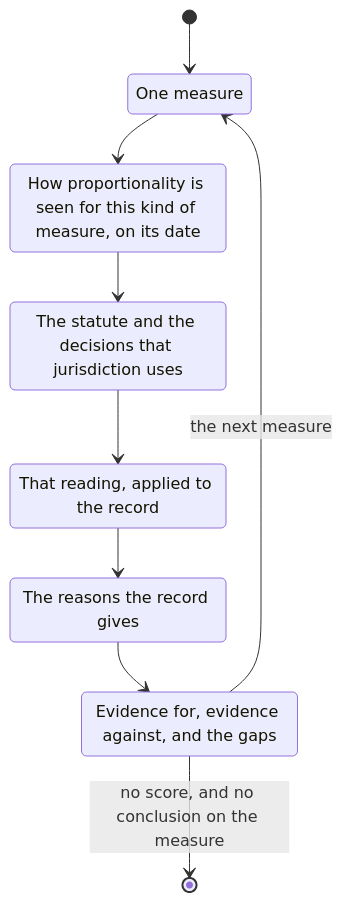
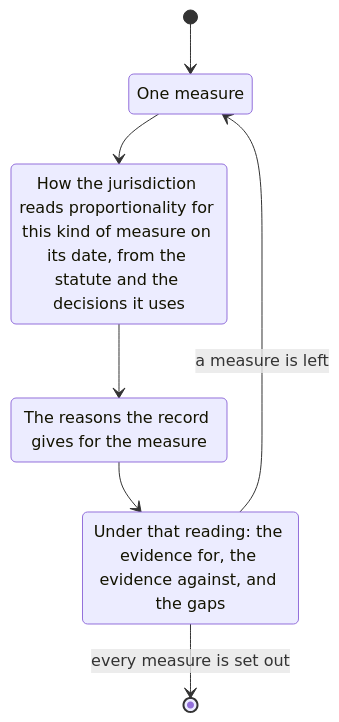
Before and after one commit to evidlabel/skills: the diagram in analysis/legal/proportionality/index.md, drawn with Mermaid. The commit also changed 23 other files, not shown here.

````diff
--- a/analysis/legal/proportionality/index.md
+++ b/analysis/legal/proportionality/index.md
@@ -8,18 +8,14 @@
 ```mermaid
 stateDiagram-v2
   state "One measure" as Measure
-  state "How proportionality is seen for this kind of measure, on its date" as HowSeen
-  state "The statute and the decisions that jurisdiction uses" as Obtain
-  state "That reading, applied to the record" as Apply
-  state "The reasons the record gives" as Reasons
-  state "Evidence for, evidence against, and the gaps" as Sides
+  state "How the jurisdiction reads proportionality for this kind of measure on its date, from the statute and the decisions it uses" as Reading
+  state "The reasons the record gives for the measure" as Reasons
+  state "Under that reading: the evidence for, the evidence against, and the gaps" as Sides
 
   [*] --> Measure
-  Measure --> HowSeen
-  HowSeen --> Obtain
-  Obtain --> Apply
-  Apply --> Reasons
+  Measure --> Reading
+  Reading --> Reasons
   Reasons --> Sides
-  Sides --> Measure: the next measure
-  Sides --> [*]: no score, and no conclusion on the measure
+  Sides --> Measure: a measure is left
+  Sides --> [*]: every measure is set out
 ```
````
